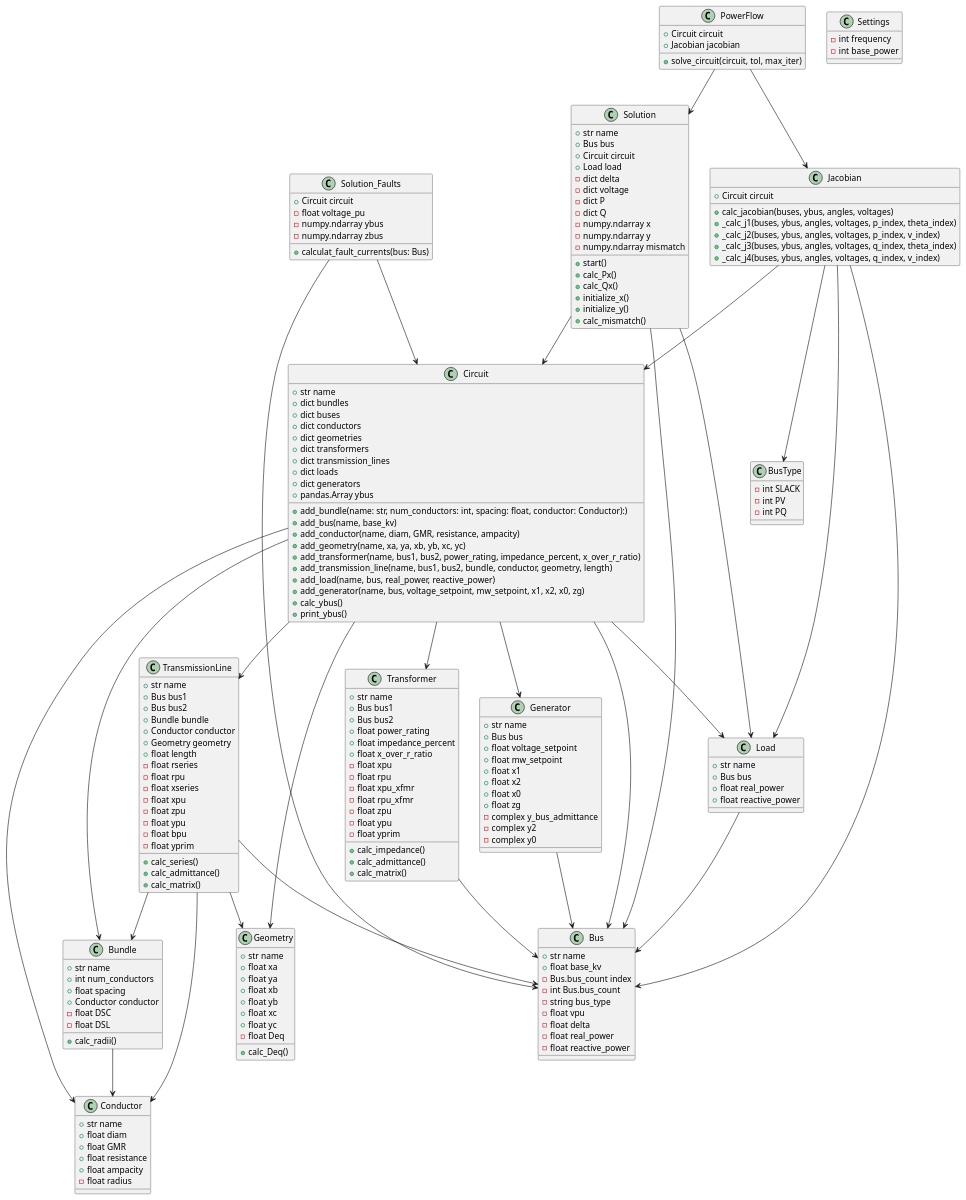
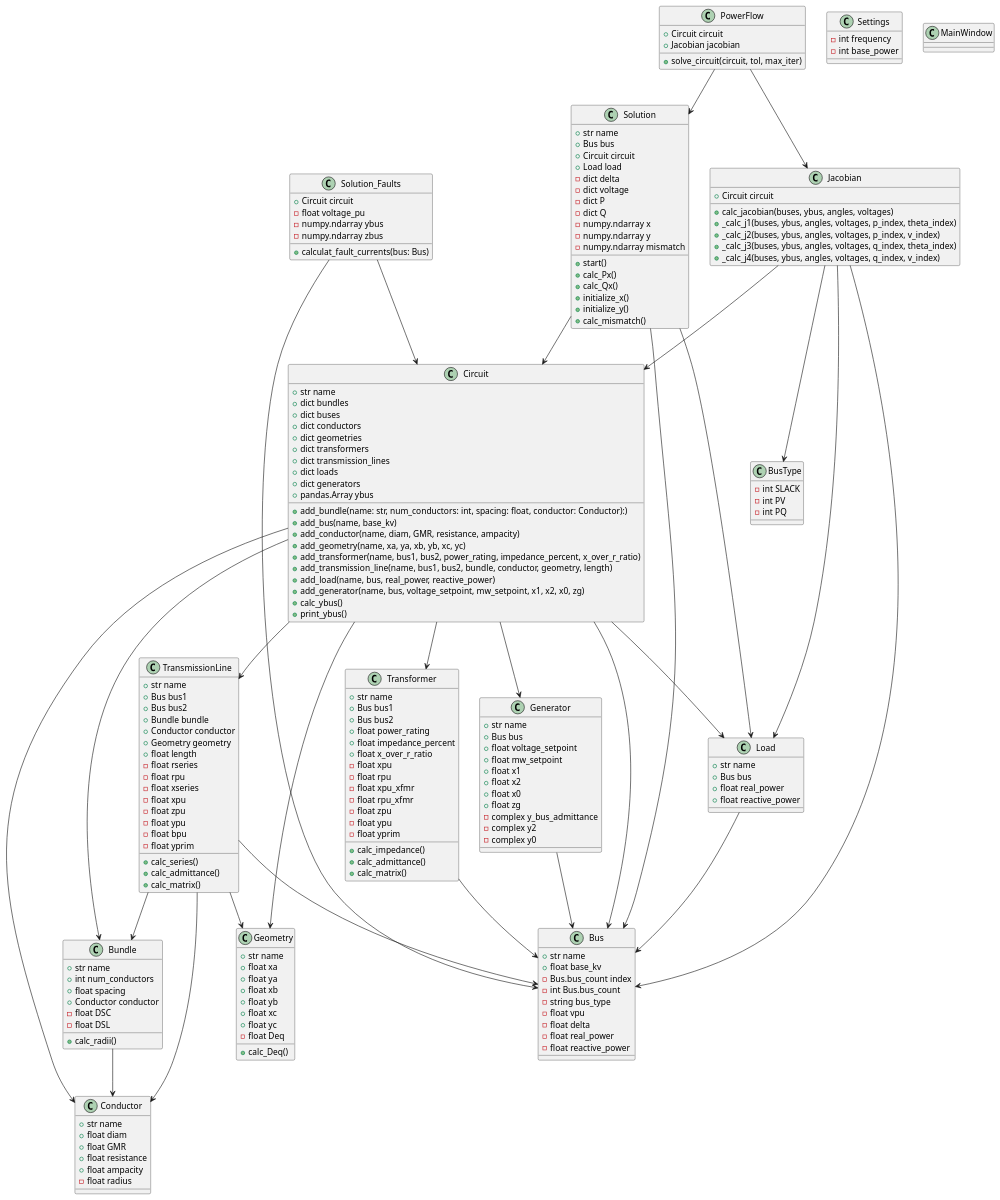
The diagram in circuit.puml (AJG184-Pitt/Project-3---GUI-Frontend), drawn with PlantUML before and after one commit. The commit also changed 13 other files, not shown here.

```diff
--- a/circuit.puml
+++ b/circuit.puml
@@ -189,6 +189,10 @@
     +solve_circuit(circuit, tol, max_iter)    
 }
 
+class MainWindow {
+    
+}
+
 Circuit --> Bundle
 Circuit --> Bus
 Circuit --> Conductor
```
